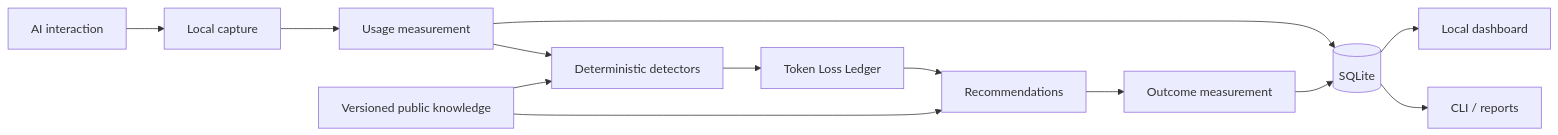
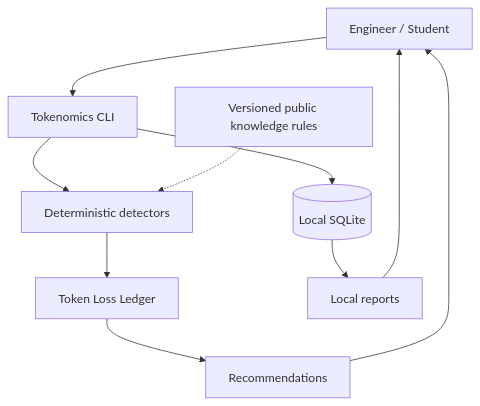
One commit to thew0lf/tokenomics changed the second of 2 diagrams in README.md. Above: the diagram before and after it, drawn with Mermaid. The commit also changed other lines of this file, not shown here.

````diff
--- a/README.md
+++ b/README.md
@@ -106,17 +51,13 @@
 ```mermaid
-flowchart LR
-    A[AI interaction] --> C[Local capture]
-    C --> M[Usage measurement]
-    M --> S[(SQLite)]
-    M --> D[Deterministic detectors]
-    D --> L[Token Loss Ledger]
-    L --> R[Recommendations]
-    R --> O[Outcome measurement]
-    O --> S
+flowchart TB
+    U[Engineer / Student] --> CLI[Tokenomics CLI]
+    CLI --> DET[Deterministic detectors]
+    CLI --> STORE[(Local SQLite)]
+    DET --> LEDGER[Token Loss Ledger]
+    LEDGER --> REC[Recommendations]
+    REC --> U
+    STORE --> REPORT[Local reports]
+    REPORT --> U
 
-    K[Versioned public knowledge] --> D
-    K --> R
-
-    S --> UI[Local dashboard]
-    S --> CLI[CLI / reports]
+    KNOW[Versioned public knowledge rules] -.-> DET
 ```
````
